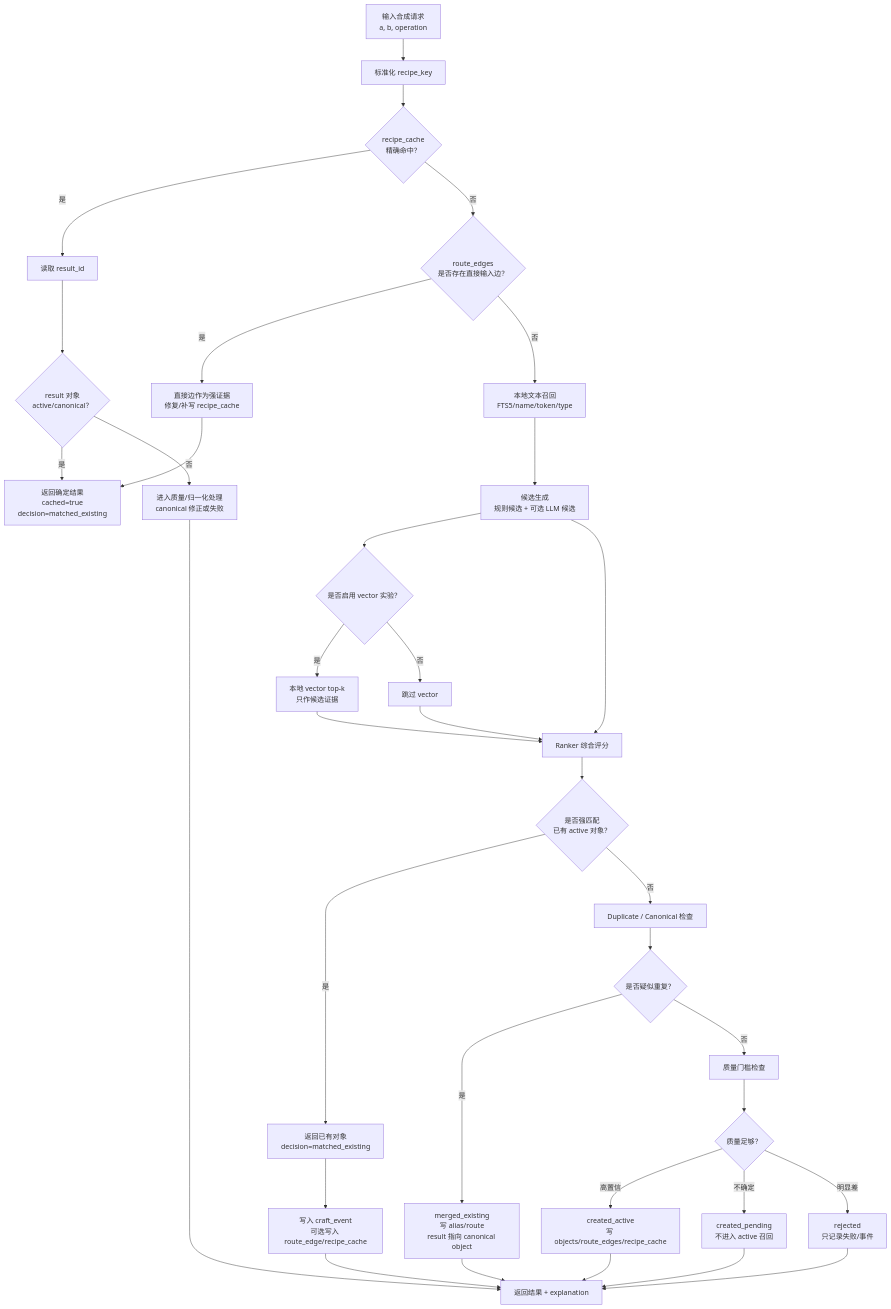
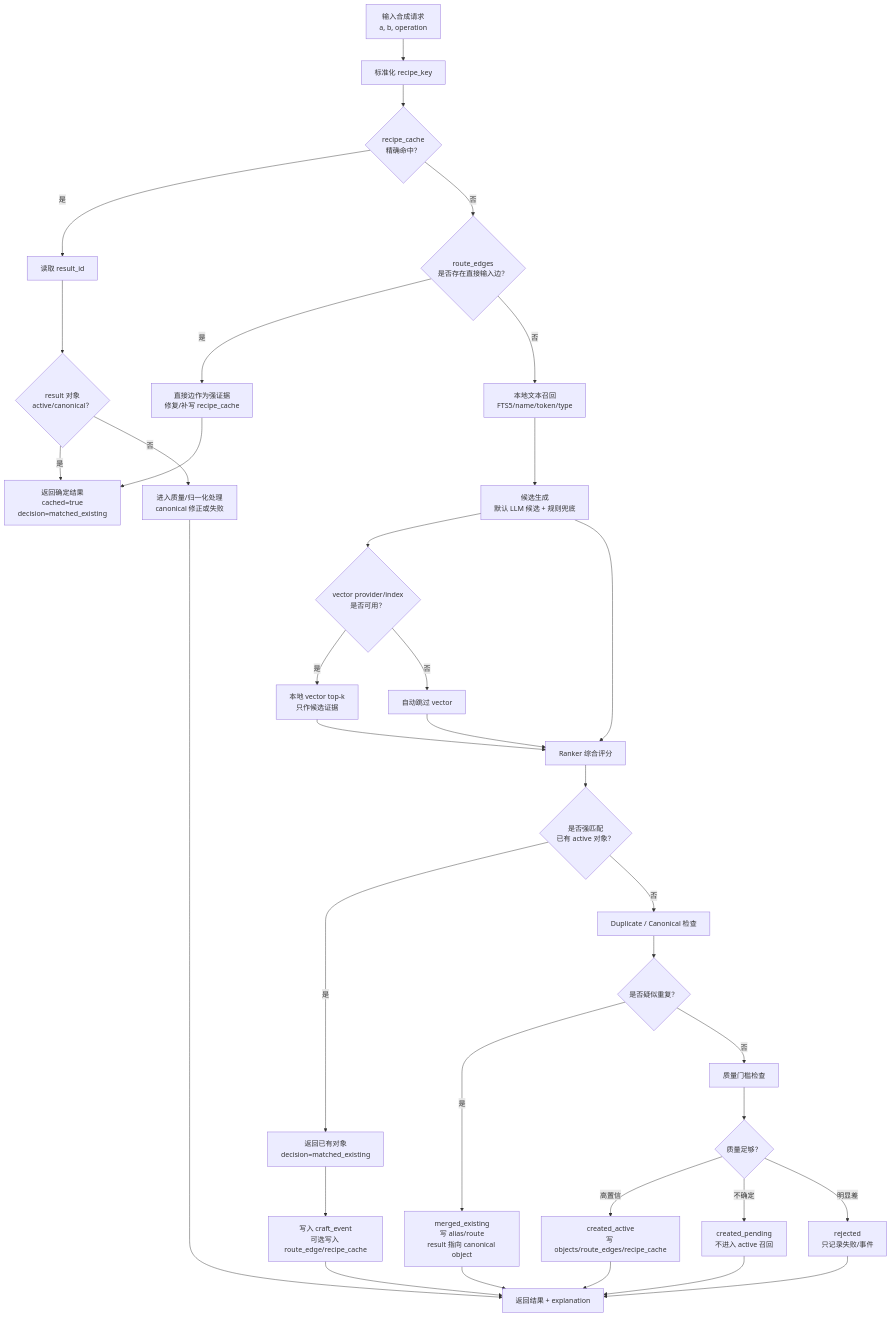
Before and after one commit to xiluoshiro/MySynthesizer: the diagram in docs/design/synthesizer-engine-implementation.md, drawn with Mermaid. The commit also changed other lines of this file and 9 other files, not shown here.

Commit message:
Enable LLM and vector auto mode by default

````diff
--- a/docs/design/synthesizer-engine-implementation.md
+++ b/docs/design/synthesizer-engine-implementation.md
@@ -804,46 +804,46 @@
 ```mermaid
 flowchart TD
     A["输入合成请求<br/>a, b, operation"] --> B["标准化 recipe_key"]
 
     B --> C{"recipe_cache<br/>精确命中？"}
     C -- "是" --> D["读取 result_id"]
     D --> E{"result 对象<br/>active/canonical？"}
     E -- "是" --> F["返回确定结果<br/>cached=true<br/>decision=matched_existing"]
     E -- "否" --> G["进入质量/归一化处理<br/>canonical 修正或失败"]
 
     C -- "否" --> H{"route_edges<br/>是否存在直接输入边？"}
     H -- "是" --> I["直接边作为强证据<br/>修复/补写 recipe_cache"]
     I --> F
 
     H -- "否" --> J["本地文本召回<br/>FTS5/name/token/type"]
-    J --> K["候选生成<br/>规则候选 + 可选 LLM 候选"]
-    K --> L{"是否启用 vector 实验？"}
+    J --> K["候选生成<br/>默认 LLM 候选 + 规则兜底"]
+    K --> L{"vector provider/index<br/>是否可用？"}
     L -- "是" --> M["本地 vector top-k<br/>只作候选证据"]
-    L -- "否" --> N["跳过 vector"]
+    L -- "否" --> N["自动跳过 vector"]
 
     K --> O["Ranker 综合评分"]
     M --> O
     N --> O
 
     O --> P{"是否强匹配<br/>已有 active 对象？"}
     P -- "是" --> Q["返回已有对象<br/>decision=matched_existing"]
     Q --> R["写入 craft_event<br/>可选写入 route_edge/recipe_cache"]
 
     P -- "否" --> S["Duplicate / Canonical 检查"]
     S --> T{"是否疑似重复？"}
 
     T -- "是" --> U["merged_existing<br/>写 alias/route<br/>result 指向 canonical object"]
     T -- "否" --> V["质量门槛检查"]
 
     V --> W{"质量足够？"}
     W -- "高置信" --> X["created_active<br/>写 objects/route_edges/recipe_cache"]
     W -- "不确定" --> Y["created_pending<br/>不进入 active 召回"]
     W -- "明显差" --> Z["rejected<br/>只记录失败/事件"]
 
     U --> AA["返回结果 + explanation"]
     X --> AA
     Y --> AA
     Z --> AA
     G --> AA
     R --> AA
 ```
````
